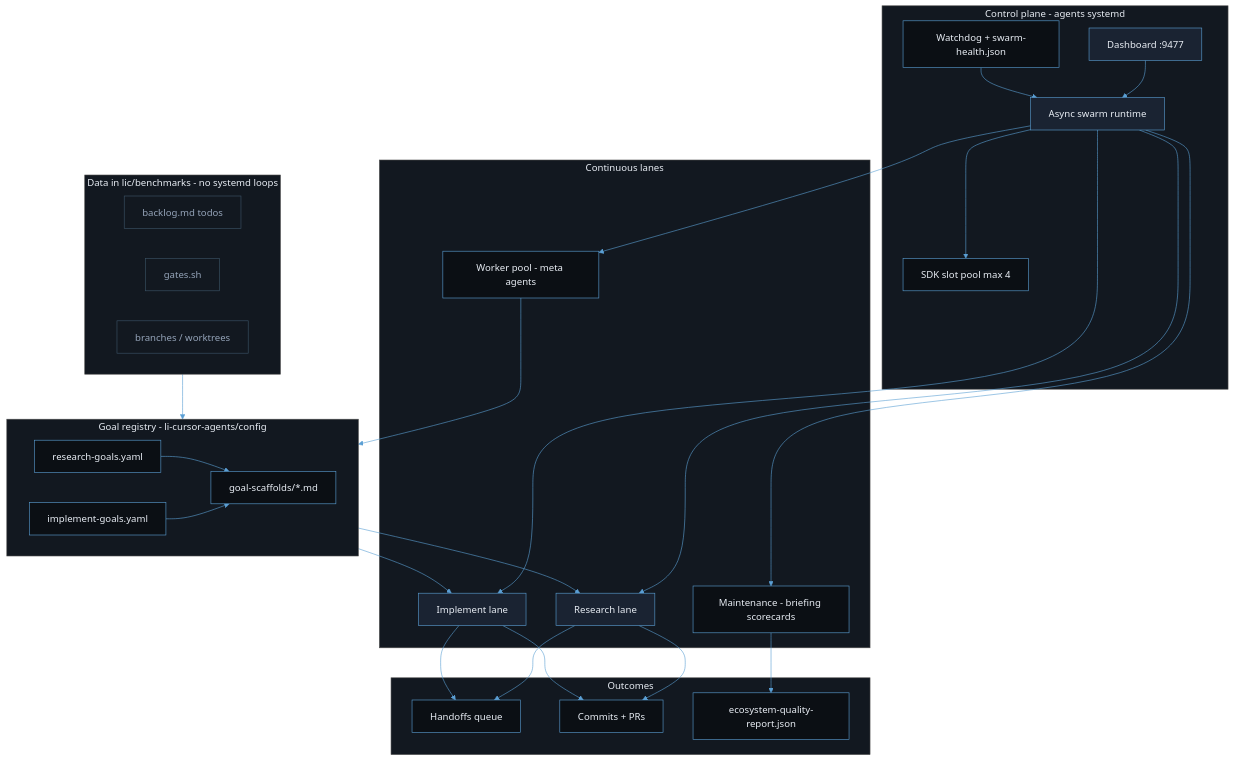
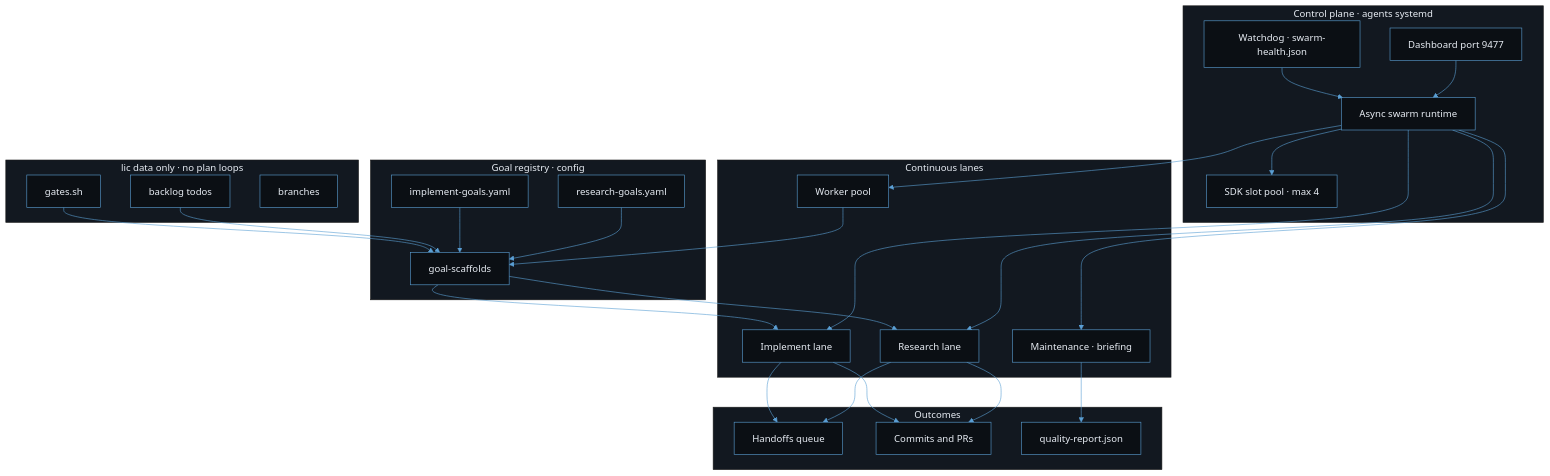
One commit to li-langverse/li-cursor-agents changed the diagram in docs/ecosystem/swarm-architecture.md. Above: the diagram before and after it, drawn with Mermaid. The commit also changed other lines of this file and 1 other file, not shown here.

Commit message:
Add goal-directed swarm infographic for docs and social.
Self-contained HTML artboard with brand palette, six-step loop, old vs new contrast, and PNG export; link from swarm-architecture conceptual section.

````diff
--- a/docs/ecosystem/swarm-architecture.md
+++ b/docs/ecosystem/swarm-architecture.md
@@ -7,75 +58,54 @@
 ```mermaid
-%%{init: {'theme': 'base', 'themeVariables': {
-  'darkMode': true,
-  'background': '#0B0F14',
-  'primaryColor': '#1A2332',
-  'primaryTextColor': '#E8EDF4',
-  'primaryBorderColor': '#5B9FD4',
-  'secondaryColor': '#121820',
-  'secondaryTextColor': '#94A3B8',
-  'secondaryBorderColor': '#3D5568',
-  'tertiaryColor': '#243044',
-  'lineColor': '#5B9FD4',
-  'textColor': '#E8EDF4',
-  'mainBkg': '#0B0F14',
-  'nodeBorder': '#5B9FD4',
-  'clusterBkg': '#121820',
-  'titleColor': '#E8EDF4',
-  'edgeLabelBackground': '#1A2332'
-}}}%%
+%%{init: {"theme": "base", "themeVariables": {"primaryColor": "#1A2332", "primaryTextColor": "#E8EDF4", "primaryBorderColor": "#5B9FD4", "lineColor": "#5B9FD4", "secondaryColor": "#121820", "tertiaryColor": "#243044", "background": "#0B0F14", "mainBkg": "#0B0F14", "clusterBkg": "#121820", "titleColor": "#E8EDF4"}}}%%
 flowchart TB
-  subgraph control [Control plane - agents systemd]
-    DASH[Dashboard :9477]
-    ASYNC[Async swarm runtime]
-    SLOT[SDK slot pool max 4]
-    WD[Watchdog + swarm-health.json]
+  subgraph controlPlane ["Control plane · agents systemd"]
+    DASH["Dashboard port 9477"]
+    ASYNC["Async swarm runtime"]
+    SLOT["SDK slot pool · max 4"]
+    WD["Watchdog · swarm-health.json"]
     DASH --> ASYNC --> SLOT
     WD --> ASYNC
   end
 
-  subgraph goals [Goal registry - li-cursor-agents/config]
-    RG[research-goals.yaml]
-    IG[implement-goals.yaml]
-    SC[goal-scaffolds/*.md]
+  subgraph goalRegistry ["Goal registry · config"]
+    RG["research-goals.yaml"]
+    IG["implement-goals.yaml"]
+    SC["goal-scaffolds"]
     RG --> SC
     IG --> SC
   end
 
-  subgraph lanes [Continuous lanes]
-    RL[Research lane]
-    IL[Implement lane]
-    ML[Maintenance - briefing scorecards]
-    WP[Worker pool - meta agents]
+  subgraph lanePool ["Continuous lanes"]
+    RL["Research lane"]
+    IL["Implement lane"]
+    ML["Maintenance · briefing"]
+    WP["Worker pool"]
   end
 
-  subgraph data [Data in lic/benchmarks - no systemd loops]
-    BL[backlog.md todos]
-    GT[gates.sh]
-    BR[branches / worktrees]
+  subgraph licData ["lic data only · no plan loops"]
+    BL["backlog todos"]
+    GT["gates.sh"]
+    BR["branches"]
   end
 
-  subgraph outcomes [Outcomes]
-    HK[Handoffs queue]
-    PR[Commits + PRs]
-    REP[ecosystem-quality-report.json]
+  subgraph outcomePool ["Outcomes"]
+    HK["Handoffs queue"]
+    PR["Commits and PRs"]
+    REP["quality-report.json"]
   end
 
   ASYNC --> RL
   ASYNC --> IL
   ASYNC --> ML
   ASYNC --> WP
-  goals --> RL
-  goals --> IL
-  data --> goals
+  SC --> RL
+  SC --> IL
+  BL --> SC
+  GT --> SC
   RL --> HK
   RL --> PR
   IL --> HK
   IL --> PR
   ML --> REP
-  WP --> goals
-
-  classDef accent fill:#1A2332,stroke:#5B9FD4,color:#E8EDF4
-  classDef dataNode fill:#121820,stroke:#3D5568,color:#94A3B8
-  class DASH,ASYNC,RL,IL accent
-  class BL,GT,BR dataNode
+  WP --> SC
 ```
````
